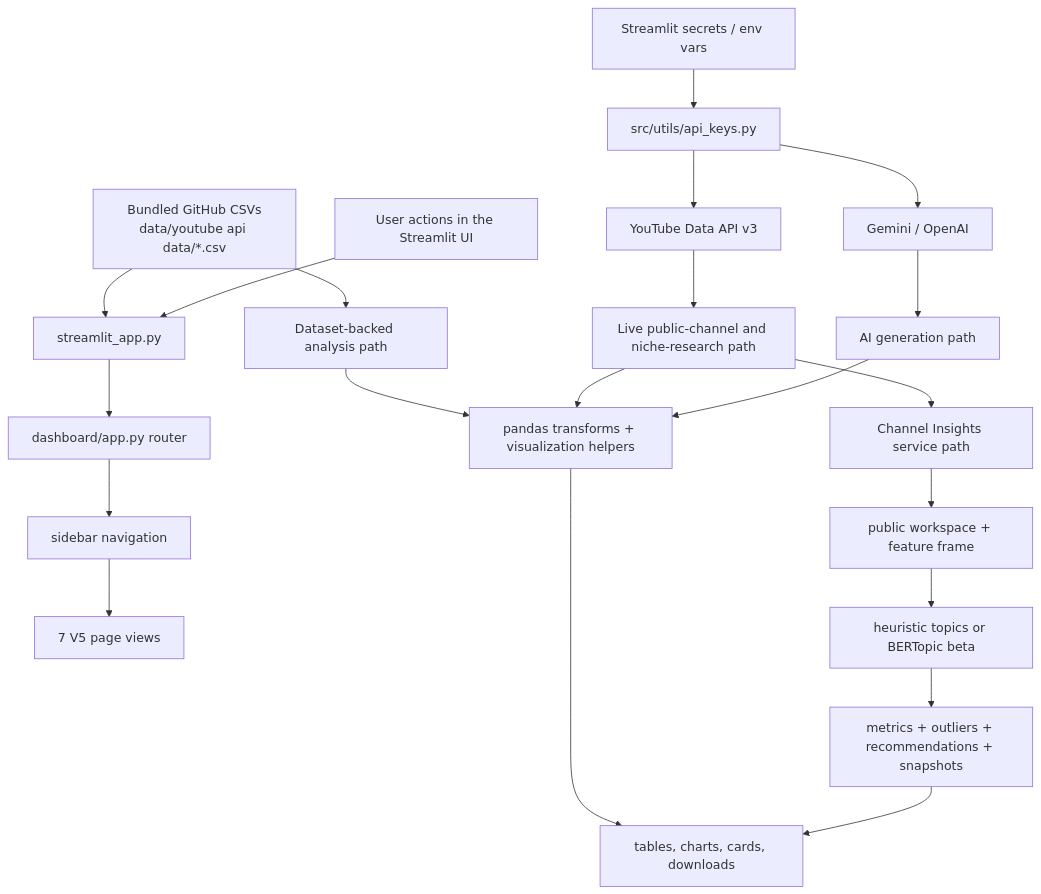
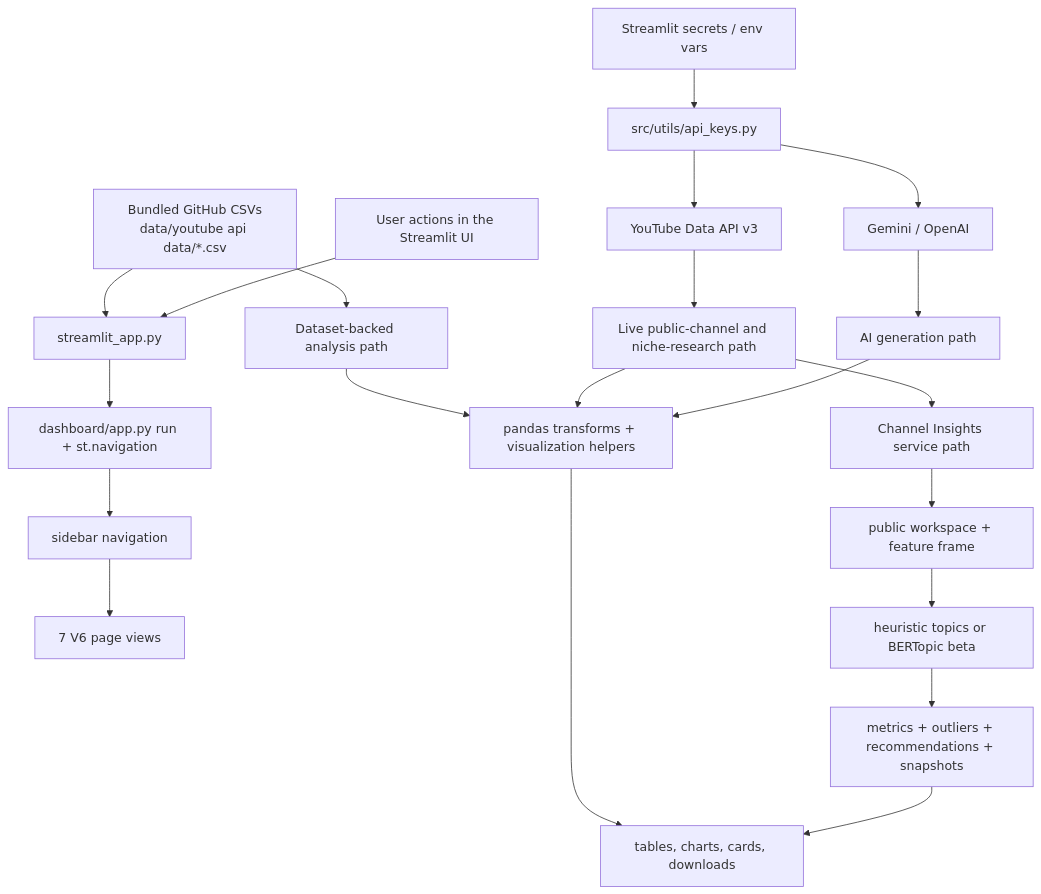
Before and after one commit to matt-foor/purdue-youtube-ip: the third of 6 diagrams in README.md, drawn with Mermaid. The commit also changed other lines of this file, not shown here.

First line of the commit message:
docs: README for YouTube IP V6 and Streamlit live app URL

````diff
--- a/README.md
+++ b/README.md
@@ -207,28 +214,28 @@
 ```mermaid
 flowchart TD
     A["Bundled GitHub CSVs<br/>data/youtube api data/*.csv"] --> B["streamlit_app.py"]
     U["User actions in the Streamlit UI"] --> B
-    B --> C["dashboard/app.py router"]
+    B --> C["dashboard/app.py run + st.navigation"]
     C --> D["sidebar navigation"]
-    D --> E["7 V5 page views"]
+    D --> E["7 V6 page views"]
 
     S["Streamlit secrets / env vars"] --> F["src/utils/api_keys.py"]
     F --> G["YouTube Data API v3"]
     F --> H["Gemini / OpenAI"]
 
     A --> I["Dataset-backed analysis path"]
     G --> J["Live public-channel and niche-research path"]
     H --> K["AI generation path"]
 
     I --> L["pandas transforms + visualization helpers"]
     J --> L
     K --> L
 
     J --> M["Channel Insights service path"]
     M --> M1["public workspace + feature frame"]
     M1 --> M2["heuristic topics or BERTopic beta"]
     M2 --> M3["metrics + outliers + recommendations + snapshots"]
 
     L --> N["tables, charts, cards, downloads"]
     M3 --> N
 ```
````
